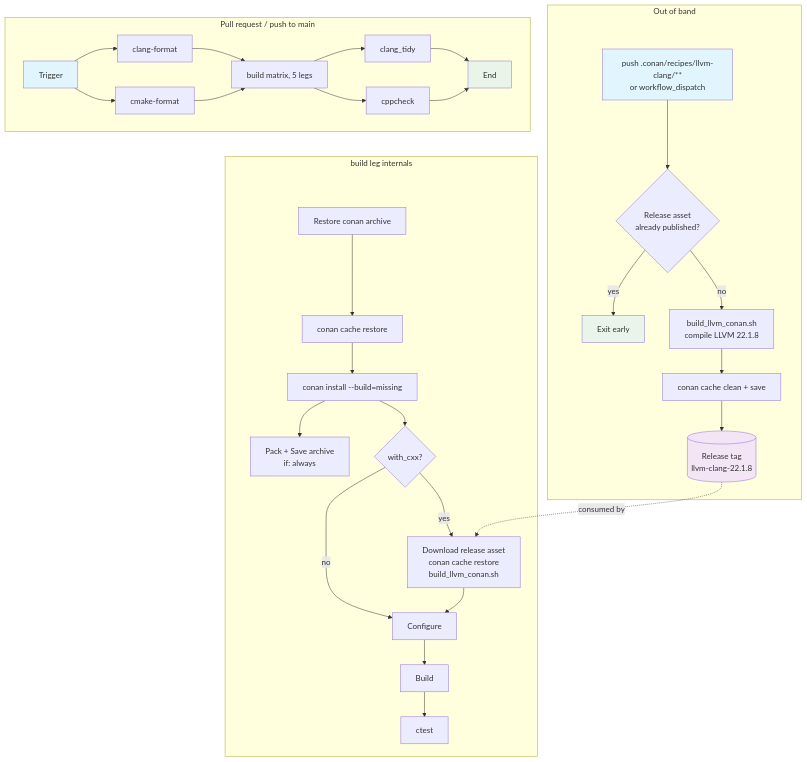
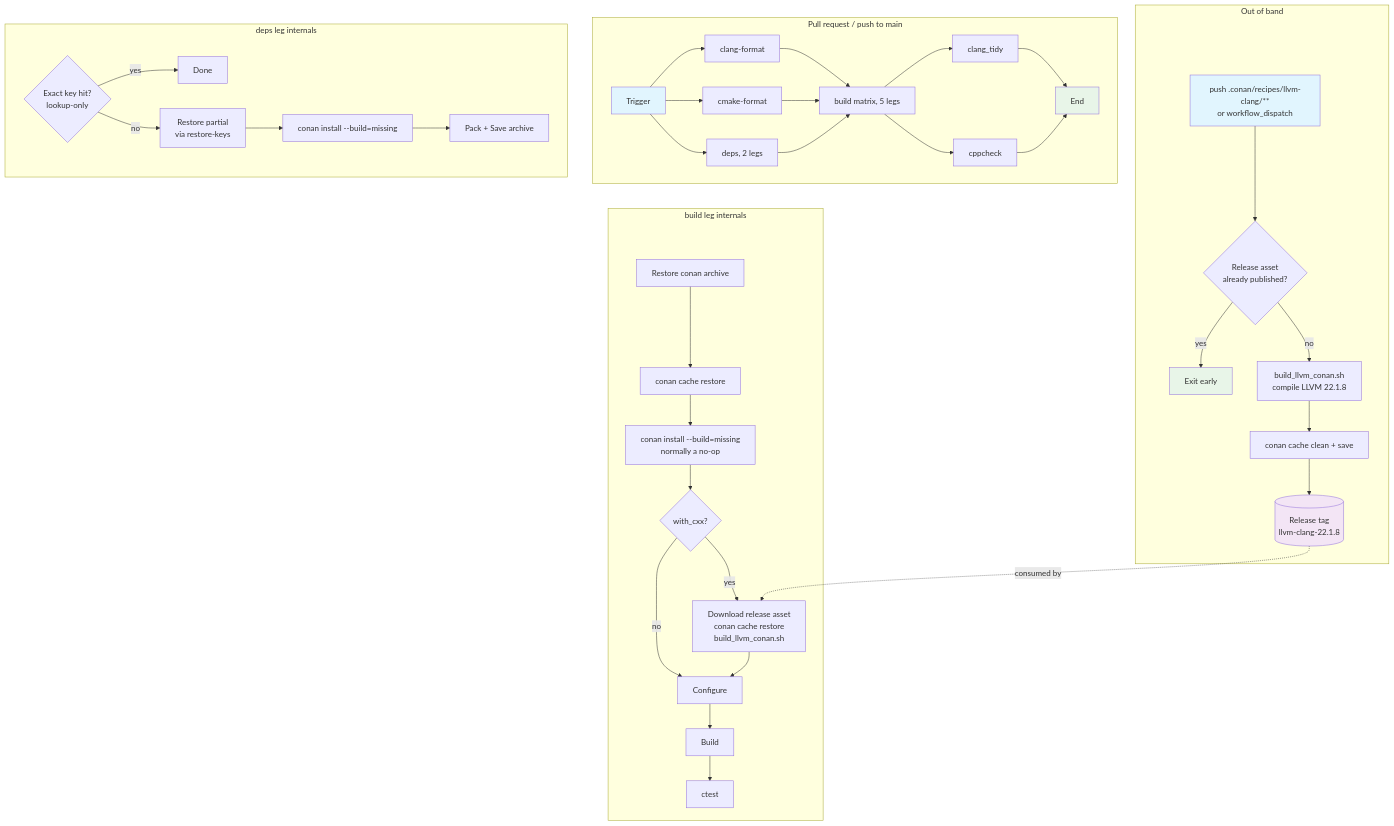
Before and after one commit to OpenSourceSourceTrail/Sourcetrail: the diagram in spec/spec-process-cicd-build.md, drawn with Mermaid. The commit also changed other lines of this file and 3 other files, not shown here.

````diff
--- a/spec/spec-process-cicd-build.md
+++ b/spec/spec-process-cicd-build.md
@@ -27,40 +27,48 @@
 ```mermaid
 graph TD
     subgraph "Out of band"
         L0[push .conan/recipes/llvm-clang/**<br/>or workflow_dispatch] --> L1{Release asset<br/>already published?}
         L1 -->|yes| L2[Exit early]
         L1 -->|no| L3[build_llvm_conan.sh<br/>compile LLVM 22.1.8]
         L3 --> L4[conan cache clean + save]
         L4 --> L5[(Release tag<br/>llvm-clang-22.1.8)]
     end
 
     subgraph "Pull request / push to main"
         A[Trigger] --> B[clang-format]
         A --> C[cmake-format]
+        A --> H[deps, 2 legs]
         B --> D[build matrix, 5 legs]
         C --> D
+        H --> D
         D --> E[clang_tidy]
         D --> F[cppcheck]
         E --> G[End]
         F --> G
     end
 
+    subgraph "deps leg internals"
+        H1{Exact key hit?<br/>lookup-only} -->|yes| H5[Done]
+        H1 -->|no| H2[Restore partial<br/>via restore-keys]
+        H2 --> H3[conan install --build=missing]
+        H3 --> H4[Pack + Save archive]
+    end
+
     subgraph "build leg internals"
         D1[Restore conan archive] --> D2[conan cache restore]
-        D2 --> D3[conan install --build=missing]
-        D3 --> D4[Pack + Save archive<br/>if: always]
+        D2 --> D3[conan install --build=missing<br/>normally a no-op]
         D3 --> D5{with_cxx?}
         D5 -->|yes| D6[Download release asset<br/>conan cache restore<br/>build_llvm_conan.sh]
         D5 -->|no| D7[Configure]
         D6 --> D7
         D7 --> D8[Build] --> D9[ctest]
     end
 
     L5 -.consumed by.-> D6
 
     style A fill:#e1f5fe
     style L0 fill:#e1f5fe
     style G fill:#e8f5e8
     style L5 fill:#f3e5f5
     style L2 fill:#e8f5e8
 ```
````
